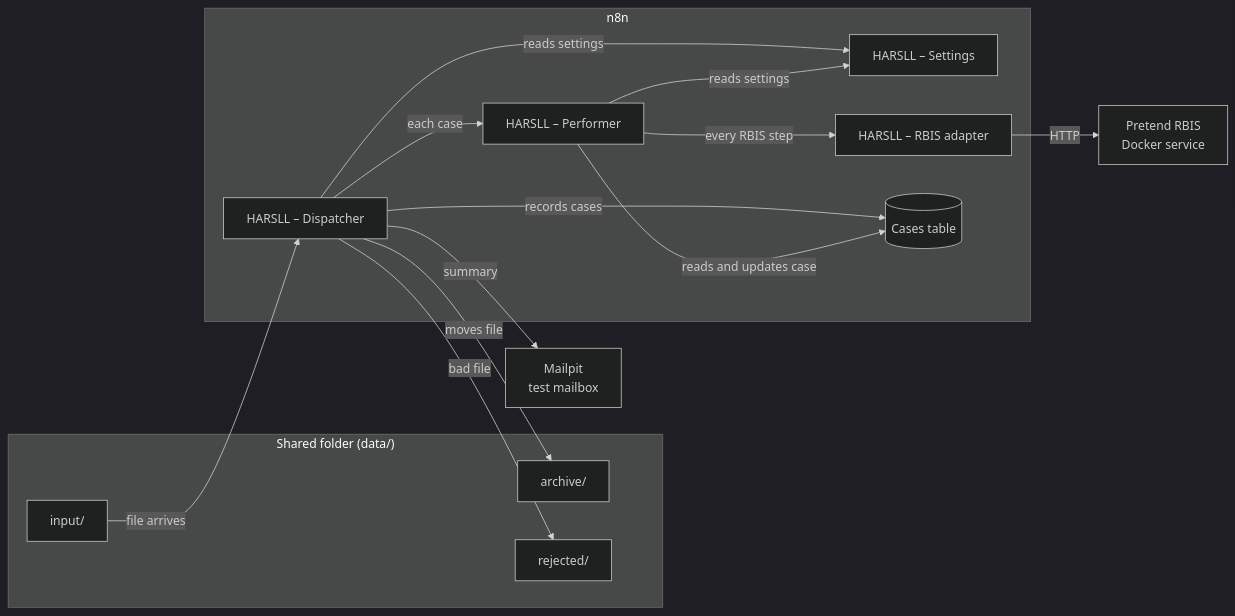
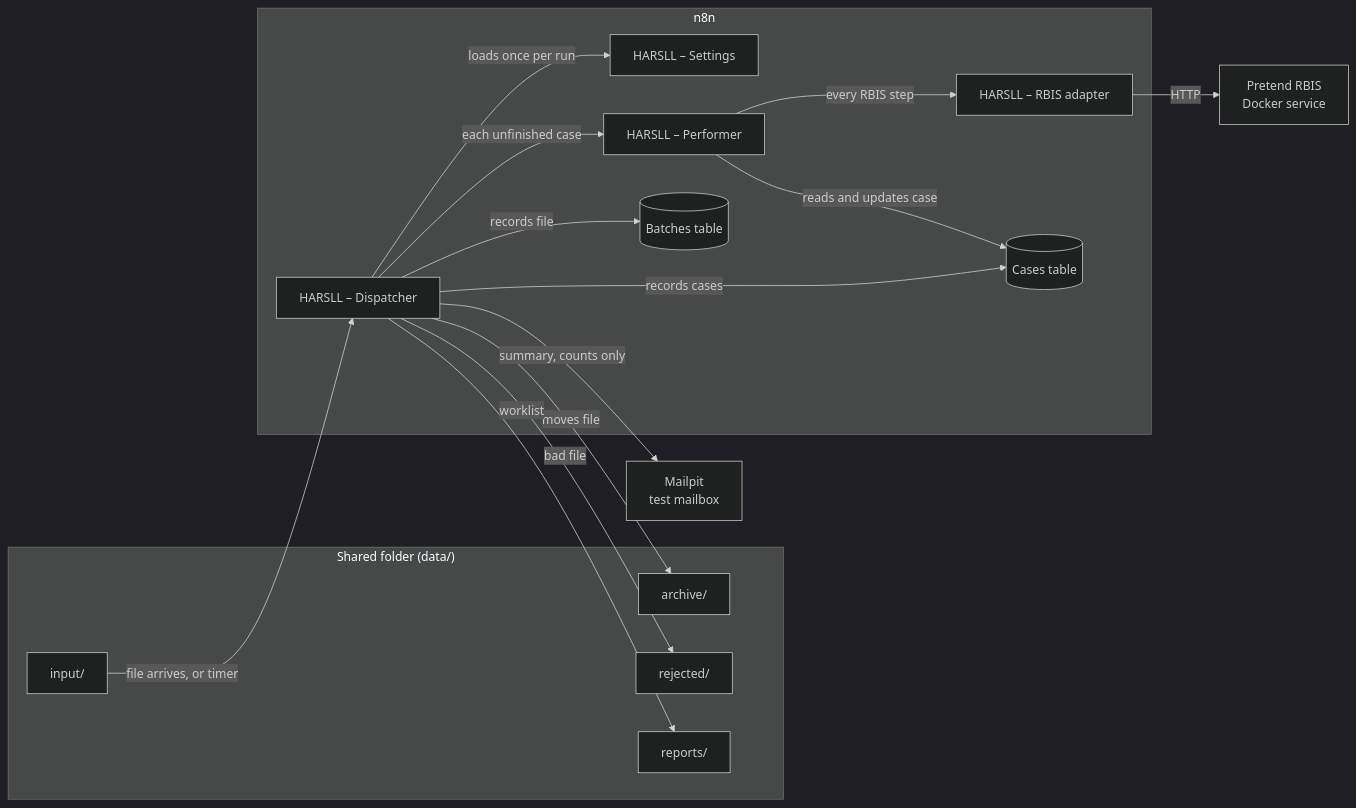
The first of 5 diagrams in docs/design/HARSLL-n8n-design.md (sgshaji/n8n-builder), drawn with Mermaid (dark theme) before and after one commit. The commit also changed other lines of this file and 3 other files, not shown here.

````diff
--- a/docs/design/HARSLL-n8n-design.md
+++ b/docs/design/HARSLL-n8n-design.md
@@ -35,28 +74,31 @@
 ```mermaid
 flowchart LR
     subgraph Folders["Shared folder (data/)"]
         IN[input/]
         AR[archive/]
         RJ[rejected/]
+        RP[reports/]
     end
 
     subgraph N8N["n8n"]
         SET[HARSLL – Settings]
         D[HARSLL – Dispatcher]
         P[HARSLL – Performer]
         A[HARSLL – RBIS adapter]
         T[(Cases table)]
+        B[(Batches table)]
     end
 
-    IN -->|file arrives| D
-    D -->|reads settings| SET
+    IN -->|file arrives, or timer| D
+    D -->|loads once per run| SET
     D -->|records cases| T
+    D -->|records file| B
     D -->|moves file| AR
     D -->|bad file| RJ
-    D -->|each case| P
-    P -->|reads settings| SET
+    D -->|each unfinished case| P
     P -->|reads and updates case| T
     P -->|every RBIS step| A
     A -->|HTTP| R[Pretend RBIS<br/>Docker service]
-    D -->|summary| M[Mailpit<br/>test mailbox]
+    D -->|worklist| RP
+    D -->|summary, counts only| M[Mailpit<br/>test mailbox]
 ```
````
